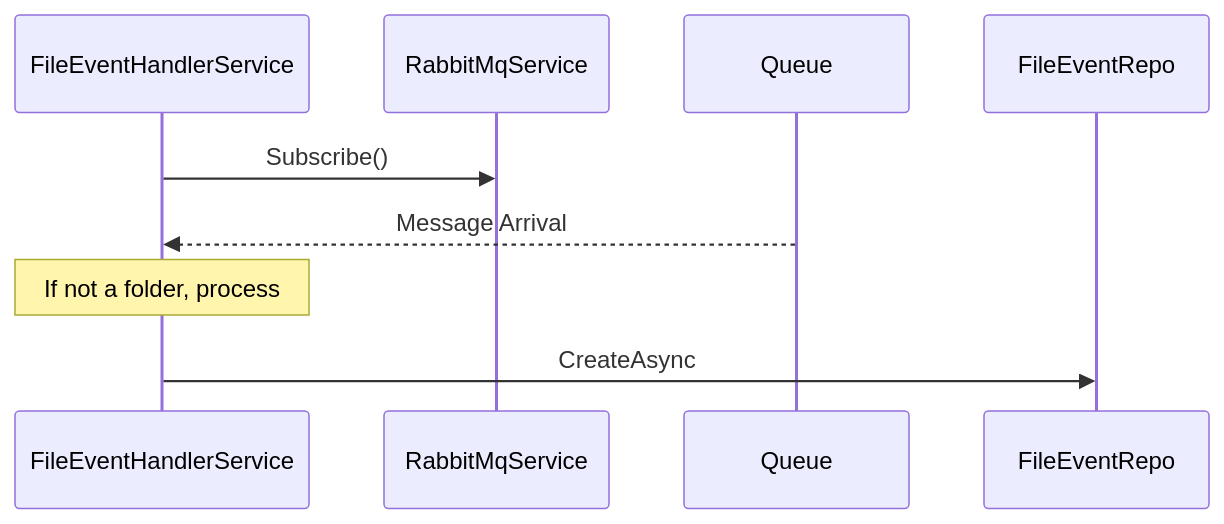
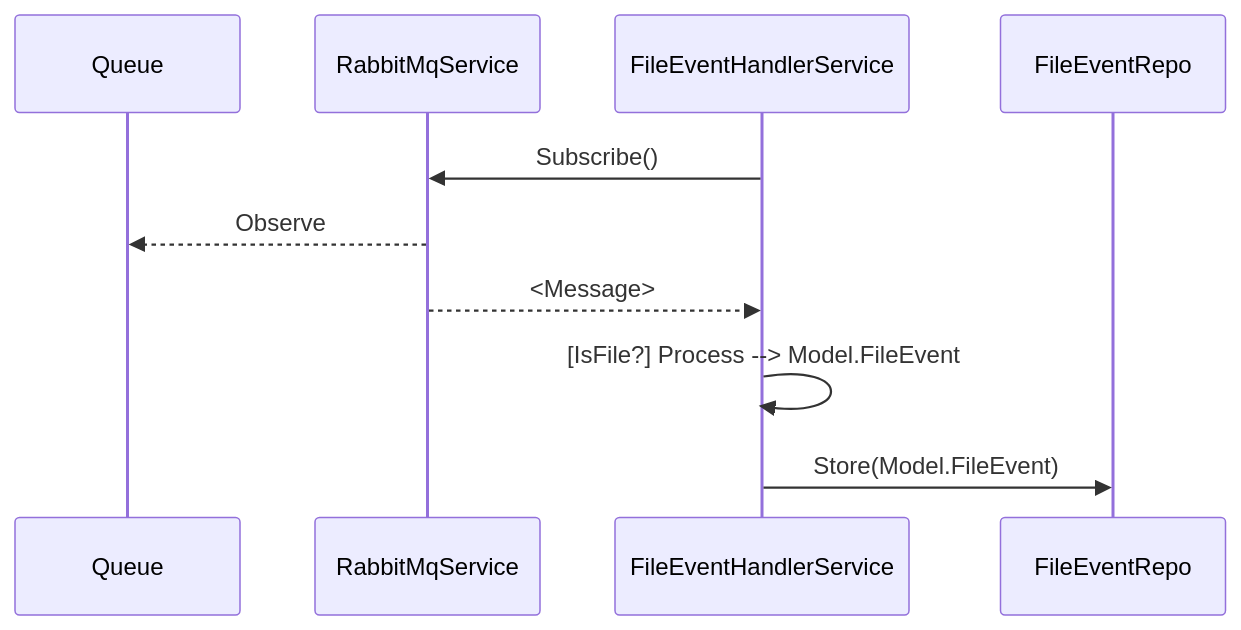
The fourth of 4 diagrams in README.md (JakePathFinder/FolderMonitor), drawn with Mermaid before and after one commit. The commit also changed other lines of this file, not shown here.

````diff
--- a/README.md
+++ b/README.md
@@ -301,12 +292,13 @@
 ```mermaid
 sequenceDiagram
+    participant Queue as Queue
+    participant RabbitMqService as RabbitMqService
     participant FileEventHandlerService as FileEventHandlerService
-    participant RabbitMqService as RabbitMqService
-    participant Queue as Queue
     participant FileEventRepo as FileEventRepo
 
     FileEventHandlerService->>RabbitMqService: Subscribe()
-    Queue-->>FileEventHandlerService: Message Arrival
-    Note over FileEventHandlerService: If not a folder, process
-    FileEventHandlerService->>FileEventRepo: CreateAsync
+    RabbitMqService-->>Queue: Observe
+    RabbitMqService-->>FileEventHandlerService: <Message>
+    FileEventHandlerService->>FileEventHandlerService: [IsFile?] Process --> Model.FileEvent
+    FileEventHandlerService->>FileEventRepo: Store(Model.FileEvent)
 ```
````
